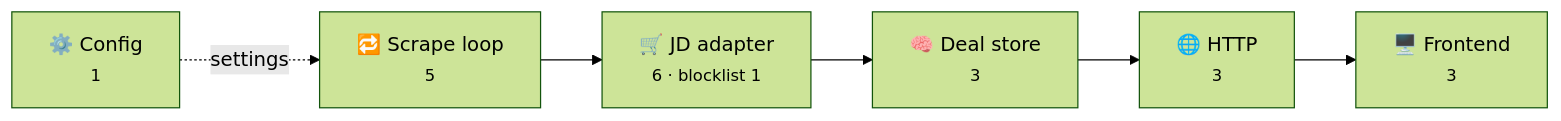
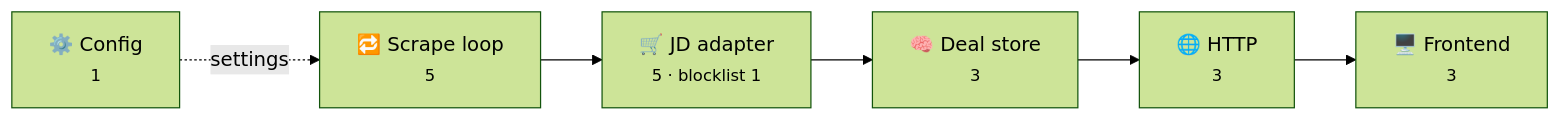
Before and after one commit to JahanU/bargain-web-scraper: the diagram in backend/CODE_REVIEW_FIXES.md, drawn with Mermaid (forest theme). The commit also changed other lines of this file and 2 other files, not shown here.

````diff
--- a/backend/CODE_REVIEW_FIXES.md
+++ b/backend/CODE_REVIEW_FIXES.md
@@ -9,6 +9,6 @@
 ```mermaid
 flowchart LR
     config["⚙️ Config<br/><small>1</small>"] -. settings .-> loop
-    loop["🔁 Scrape loop<br/><small>5</small>"] --> jd["🛒 JD adapter<br/><small>6 · blocklist 1</small>"]
+    loop["🔁 Scrape loop<br/><small>5</small>"] --> jd["🛒 JD adapter<br/><small>5 · blocklist 1</small>"]
     jd --> store["🧠 Deal store<br/><small>3</small>"] --> http["🌐 HTTP<br/><small>3</small>"] --> fe["🖥️ Frontend<br/><small>3</small>"]
 ```
````
